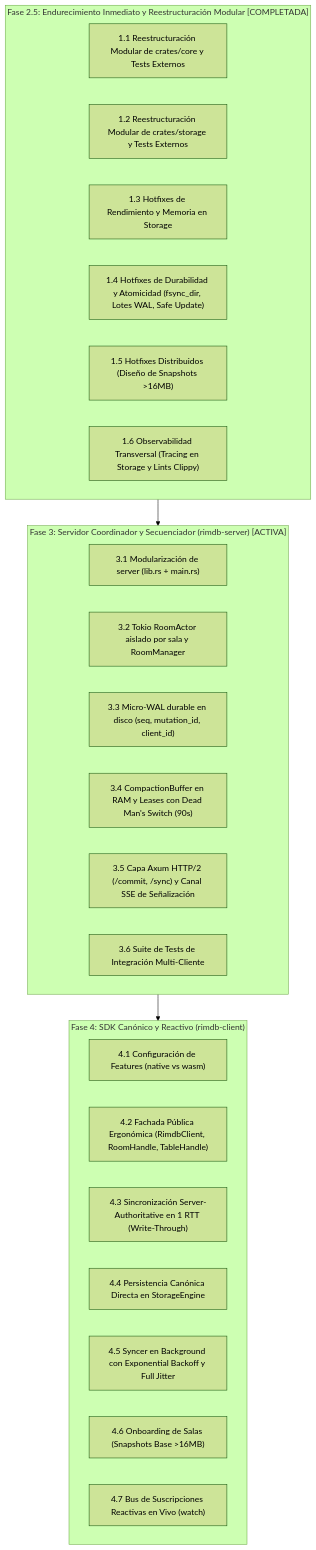
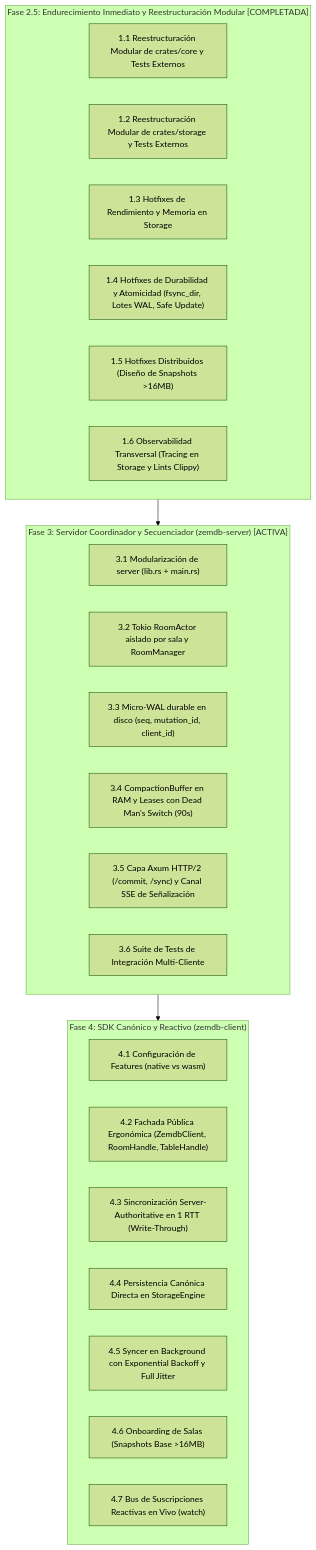
The diagram in docs/proposals/2026-09-fase2_5-hardening-proposal.md (sanrome/zemdb), drawn with Mermaid (forest theme) before and after one commit. The commit also changed other lines of this file and 67 other files, not shown here.

````diff
--- a/docs/proposals/2026-09-fase2_5-hardening-proposal.md
+++ b/docs/proposals/2026-09-fase2_5-hardening-proposal.md
@@ -285,32 +285,32 @@
 ```mermaid
 flowchart TD
     subgraph Fase2_5["Fase 2.5: Endurecimiento Inmediato y Reestructuración Modular [COMPLETADA]"]
         M1["1.1 Reestructuración Modular de crates/core y Tests Externos"]
         M2["1.2 Reestructuración Modular de crates/storage y Tests Externos"]
         M3["1.3 Hotfixes de Rendimiento y Memoria en Storage"]
         M4["1.4 Hotfixes de Durabilidad y Atomicidad (fsync_dir, Lotes WAL, Safe Update)"]
         M5["1.5 Hotfixes Distribuidos (Diseño de Snapshots >16MB)"]
         M6["1.6 Observabilidad Transversal (Tracing en Storage y Lints Clippy)"]
     end
 
-    subgraph Fase3["Fase 3: Servidor Coordinador y Secuenciador (rimdb-server) [ACTIVA]"]
+    subgraph Fase3["Fase 3: Servidor Coordinador y Secuenciador (zemdb-server) [ACTIVA]"]
         S1["3.1 Modularización de server (lib.rs + main.rs)"]
         S2["3.2 Tokio RoomActor aislado por sala y RoomManager"]
         S3["3.3 Micro-WAL durable en disco (seq, mutation_id, client_id)"]
         S4["3.4 CompactionBuffer en RAM y Leases con Dead Man's Switch (90s)"]
         S5["3.5 Capa Axum HTTP/2 (/commit, /sync) y Canal SSE de Señalización"]
         S6["3.6 Suite de Tests de Integración Multi-Cliente"]
     end
 
-    subgraph Fase4["Fase 4: SDK Canónico y Reactivo (rimdb-client)"]
+    subgraph Fase4["Fase 4: SDK Canónico y Reactivo (zemdb-client)"]
         C1["4.1 Configuración de Features (native vs wasm)"]
-        C2["4.2 Fachada Pública Ergonómica (RimdbClient, RoomHandle, TableHandle)"]
+        C2["4.2 Fachada Pública Ergonómica (ZemdbClient, RoomHandle, TableHandle)"]
         C3["4.3 Sincronización Server-Authoritative en 1 RTT (Write-Through)"]
         C4["4.4 Persistencia Canónica Directa en StorageEngine"]
         C5["4.5 Syncer en Background con Exponential Backoff y Full Jitter"]
         C6["4.6 Onboarding de Salas (Snapshots Base >16MB)"]
         C7["4.7 Bus de Suscripciones Reactivas en Vivo (watch)"]
     end
 
     Fase2_5 --> Fase3 --> Fase4
 ```
````
